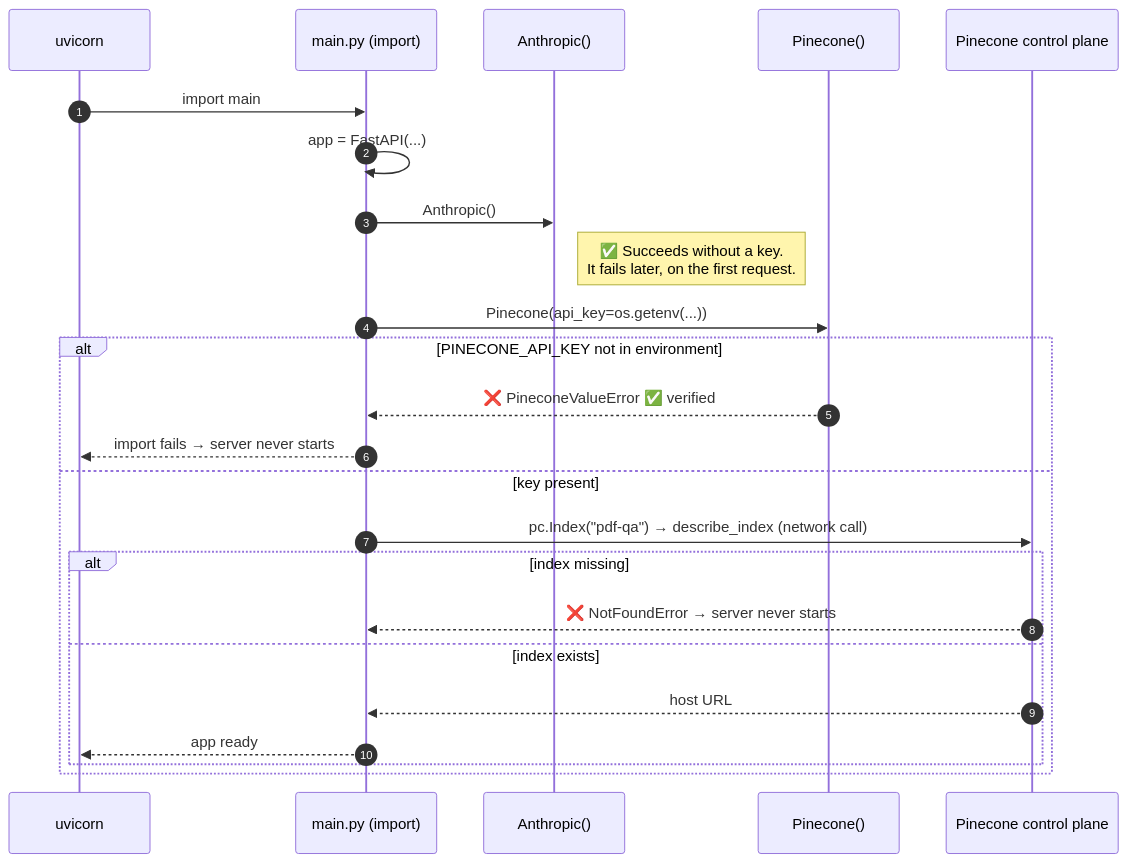
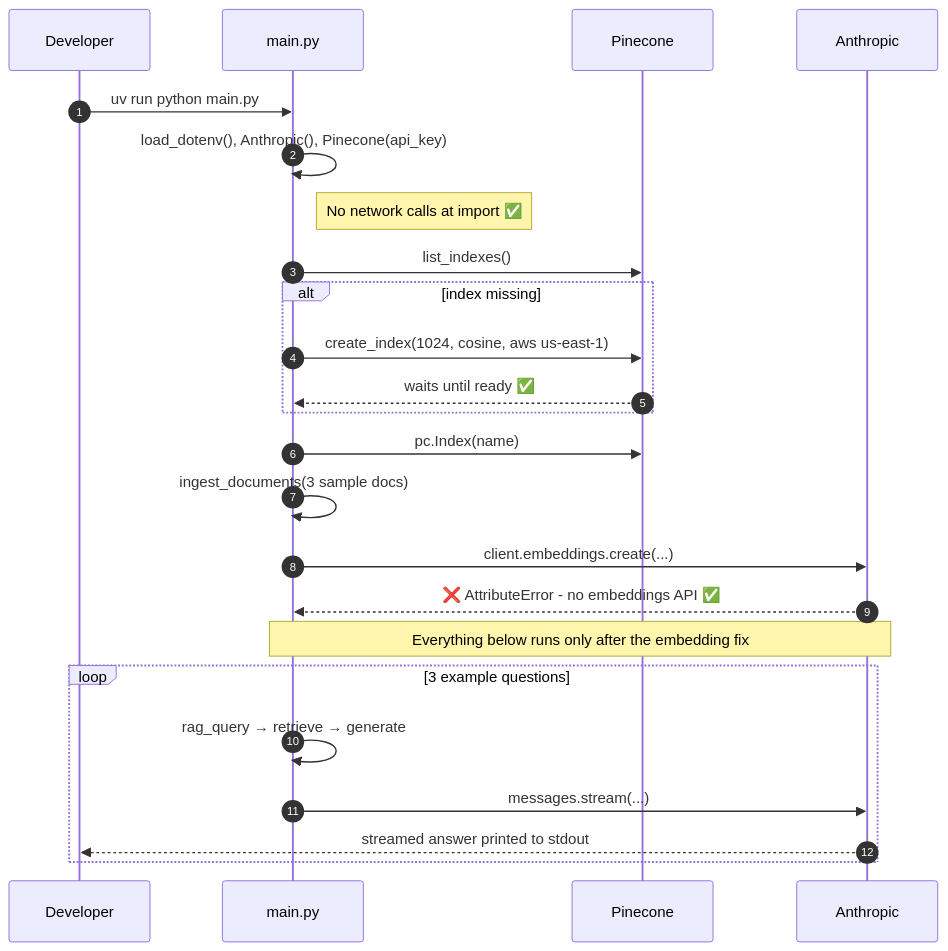
The third of 19 diagrams in ARCHITECTURE.md (lsolor/korg-pdf-qa), drawn with Mermaid before and after one commit. The commit also changed other lines of this file, not shown here.

First line of the commit message:
Update ARCHITECTURE.md for the script-based RAG pipeline

````diff
--- a/ARCHITECTURE.md
+++ b/ARCHITECTURE.md
@@ -182,27 +193,27 @@
 ```mermaid
 sequenceDiagram
     autonumber
-    participant U as uvicorn
-    participant M as main.py (import)
-    participant A as Anthropic()
-    participant P as Pinecone()
-    participant PC as Pinecone control plane
+    participant D as Developer
+    participant M as main.py
+    participant P as Pinecone
+    participant A as Anthropic
 
-    U->>M: import main
-    M->>M: app = FastAPI(...)
-    M->>A: Anthropic()
-    Note right of A: ✅ Succeeds without a key.<br/>It fails later, on the first request.
-    M->>P: Pinecone(api_key=os.getenv(...))
-    alt PINECONE_API_KEY not in environment
-        P-->>M: ❌ PineconeValueError ✅ verified
-        M-->>U: import fails → server never starts
-    else key present
-        M->>PC: pc.Index("pdf-qa") → describe_index (network call)
-        alt index missing
-            PC-->>M: ❌ NotFoundError → server never starts
-        else index exists
-            PC-->>M: host URL
-            M-->>U: app ready
-        end
+    D->>M: uv run python main.py
+    M->>M: load_dotenv(), Anthropic(), Pinecone(api_key)
+    Note right of M: No network calls at import ✅
+    M->>P: list_indexes()
+    alt index missing
+        M->>P: create_index(1024, cosine, aws us-east-1)
+        P-->>M: waits until ready ✅
+    end
+    M->>P: pc.Index(name)
+    M->>M: ingest_documents(3 sample docs)
+    M->>A: client.embeddings.create(...)
+    A-->>M: ❌ AttributeError - no embeddings API ✅
+    Note over M,A: Everything below runs only after the embedding fix
+    loop 3 example questions
+        M->>M: rag_query → retrieve → generate
+        M->>A: messages.stream(...)
+        A-->>D: streamed answer printed to stdout
     end
 ```
````
